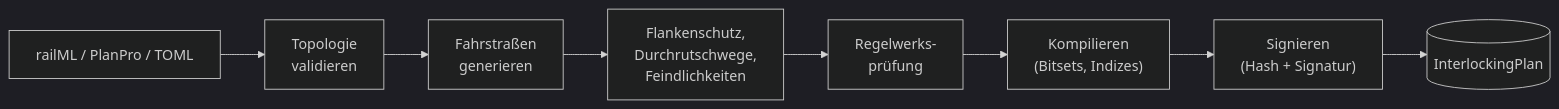
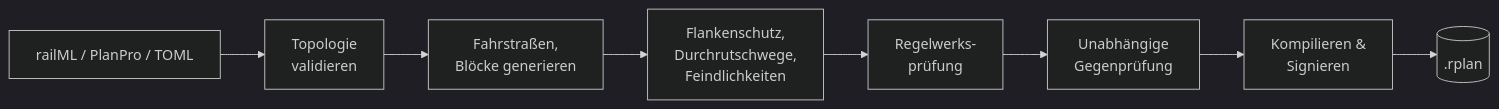
One commit to JosunLP/rail-it changed the second of 3 diagrams in docs/KONZEPT.md. Above: the diagram before and after it, drawn with Mermaid (dark theme). The commit also changed other lines of this file and 1 other file, not shown here.

````diff
--- a/docs/KONZEPT.md
+++ b/docs/KONZEPT.md
@@ -212,10 +259,10 @@
 ```mermaid
 flowchart LR
     A["railML / PlanPro / TOML"] --> B["Topologie<br/>validieren"]
-    B --> C["Fahrstraßen<br/>generieren"]
+    B --> C["Fahrstraßen,<br/>Blöcke generieren"]
     C --> D["Flankenschutz,<br/>Durchrutschwege,<br/>Feindlichkeiten"]
     D --> E["Regelwerks-<br/>prüfung"]
-    E --> F["Kompilieren<br/>(Bitsets, Indizes)"]
-    F --> G["Signieren<br/>(Hash + Signatur)"]
-    G --> H[("InterlockingPlan")]
+    E --> F["Unabhängige<br/>Gegenprüfung"]
+    F --> G["Kompilieren &<br/>Signieren"]
+    G --> H[(".rplan")]
 ```
````
